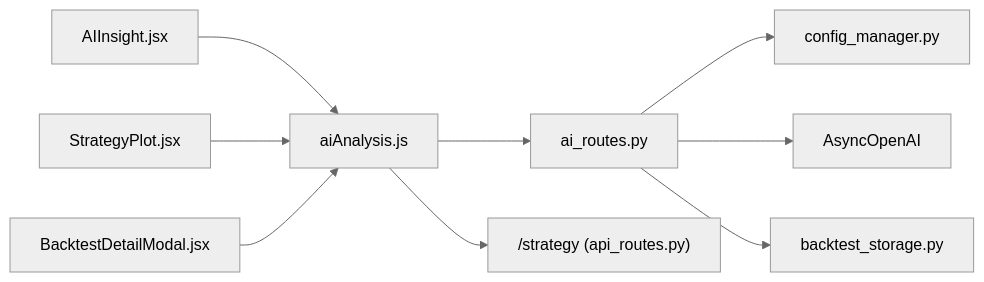
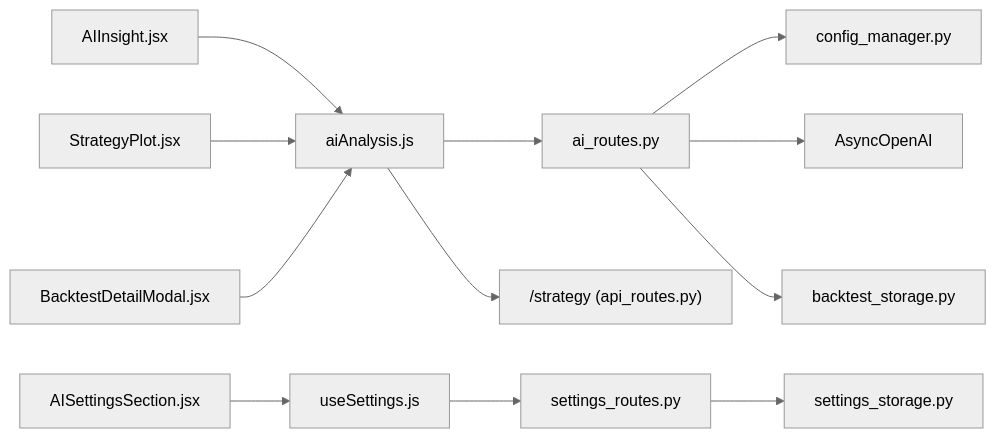
One commit to faryhuo/backtrader changed the eighth of 9 diagrams in .qoder/repowiki/zh/content/核心功能详解/AI智能分析.md. Above: the diagram before and after it, drawn with Mermaid (neutral theme). The commit also changed other lines of this file and 8 other files, not shown here.

````diff
--- a/.qoder/repowiki/zh/content/核心功能详解/AI智能分析.md
+++ b/.qoder/repowiki/zh/content/核心功能详解/AI智能分析.md
@@ -309,11 +406,14 @@
 ```mermaid
 graph LR
 FE_AI["aiAnalysis.js"] --> API_ROUTE["ai_routes.py"]
 FE_AI --> STRATEGY_API["/strategy (api_routes.py)"]
 API_ROUTE --> CFG["config_manager.py"]
 API_ROUTE --> OAI["AsyncOpenAI"]
 FE_INSIGHT["AIInsight.jsx"] --> FE_AI
 FE_PLOT["StrategyPlot.jsx"] --> FE_AI
 FE_HISTORY["BacktestDetailModal.jsx"] --> FE_AI
 API_ROUTE --> DB_BACKTEST["backtest_storage.py"]
+FE_AISettings["AISettingsSection.jsx"] --> FE_USE_SETTINGS["useSettings.js"]
+FE_USE_SETTINGS --> SET_API["settings_routes.py"]
+SET_API --> SET_STORAGE["settings_storage.py"]
 ```
````
